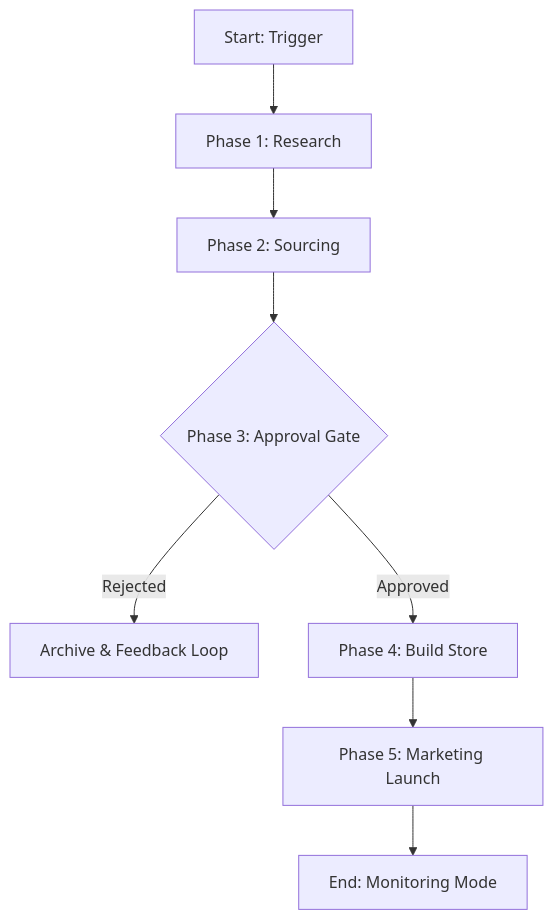
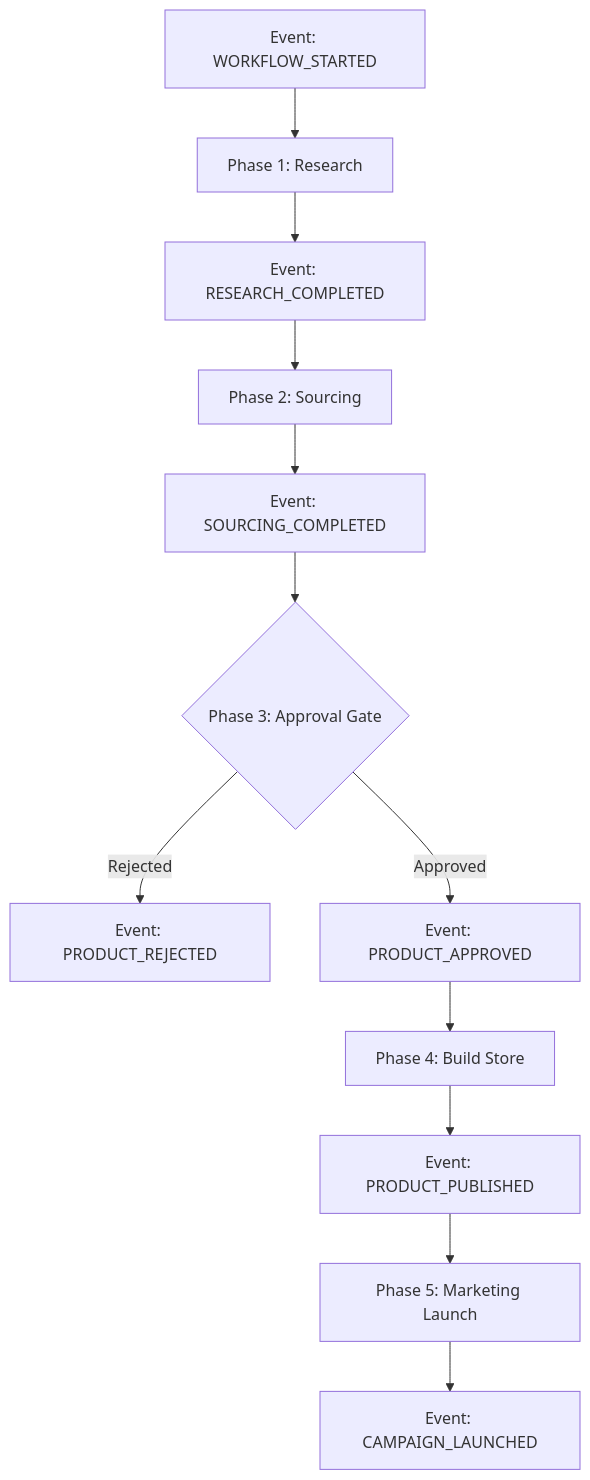
Before and after one commit to andylelli/ds1: the diagram in Documentation/Blueprints/WORKFLOW_GROWTH.md, drawn with Mermaid. The commit also changed other lines of this file, not shown here.

````diff
--- a/Documentation/Blueprints/WORKFLOW_GROWTH.md
+++ b/Documentation/Blueprints/WORKFLOW_GROWTH.md
@@ -11,10 +11,14 @@
 ```mermaid
 graph TD
-    A[Start: Trigger] --> B[Phase 1: Research]
-    B --> C[Phase 2: Sourcing]
-    C --> D{Phase 3: Approval Gate}
-    D -- Rejected --> E[Archive & Feedback Loop]
-    D -- Approved --> F[Phase 4: Build Store]
-    F --> G[Phase 5: Marketing Launch]
-    G --> H[End: Monitoring Mode]
+    A[Event: WORKFLOW_STARTED] --> B[Phase 1: Research]
+    B --> C[Event: RESEARCH_COMPLETED]
+    C --> D[Phase 2: Sourcing]
+    D --> E[Event: SOURCING_COMPLETED]
+    E --> F{Phase 3: Approval Gate}
+    F -- Rejected --> G[Event: PRODUCT_REJECTED]
+    F -- Approved --> H[Event: PRODUCT_APPROVED]
+    H --> I[Phase 4: Build Store]
+    I --> J[Event: PRODUCT_PUBLISHED]
+    J --> K[Phase 5: Marketing Launch]
+    K --> L[Event: CAMPAIGN_LAUNCHED]
 ```
````
